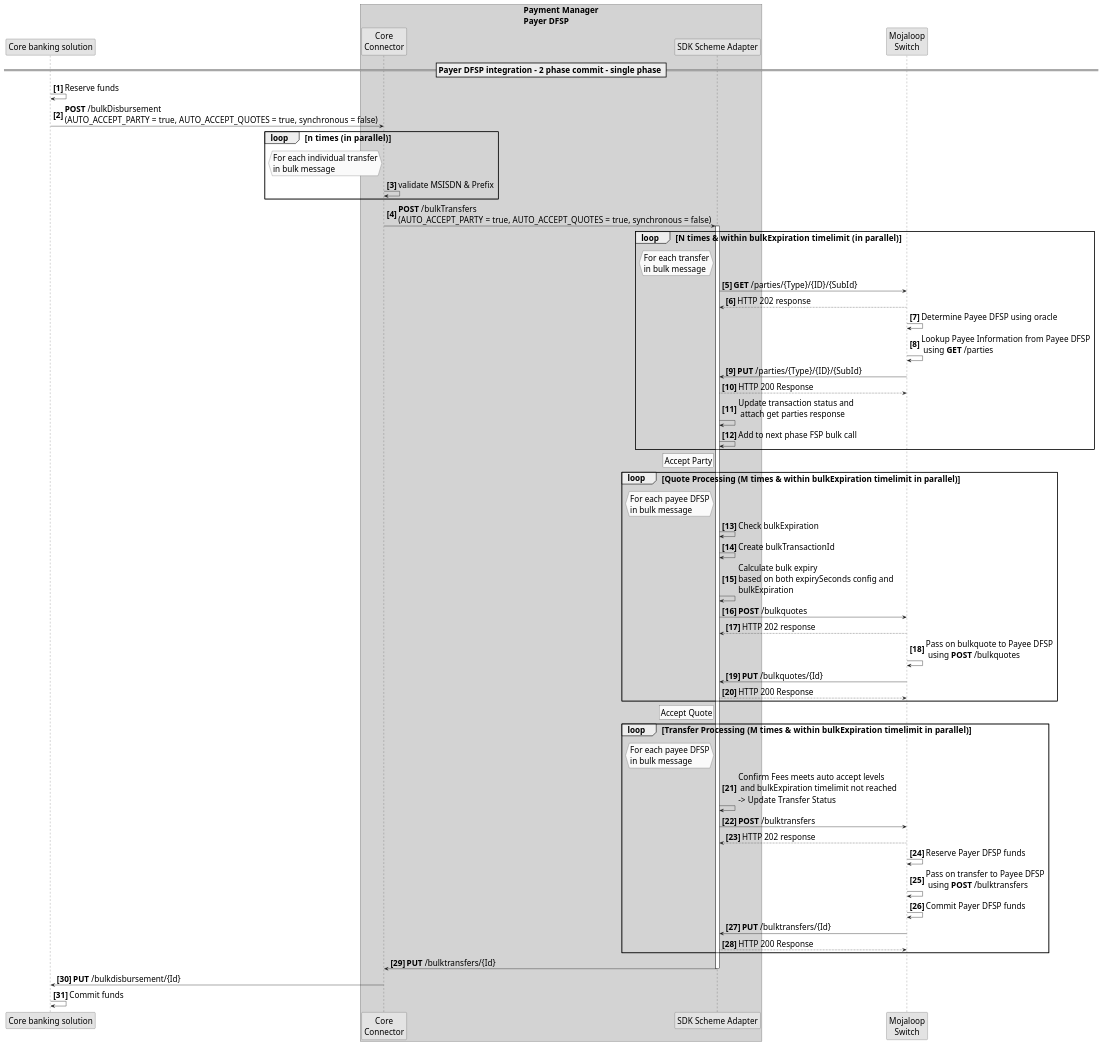
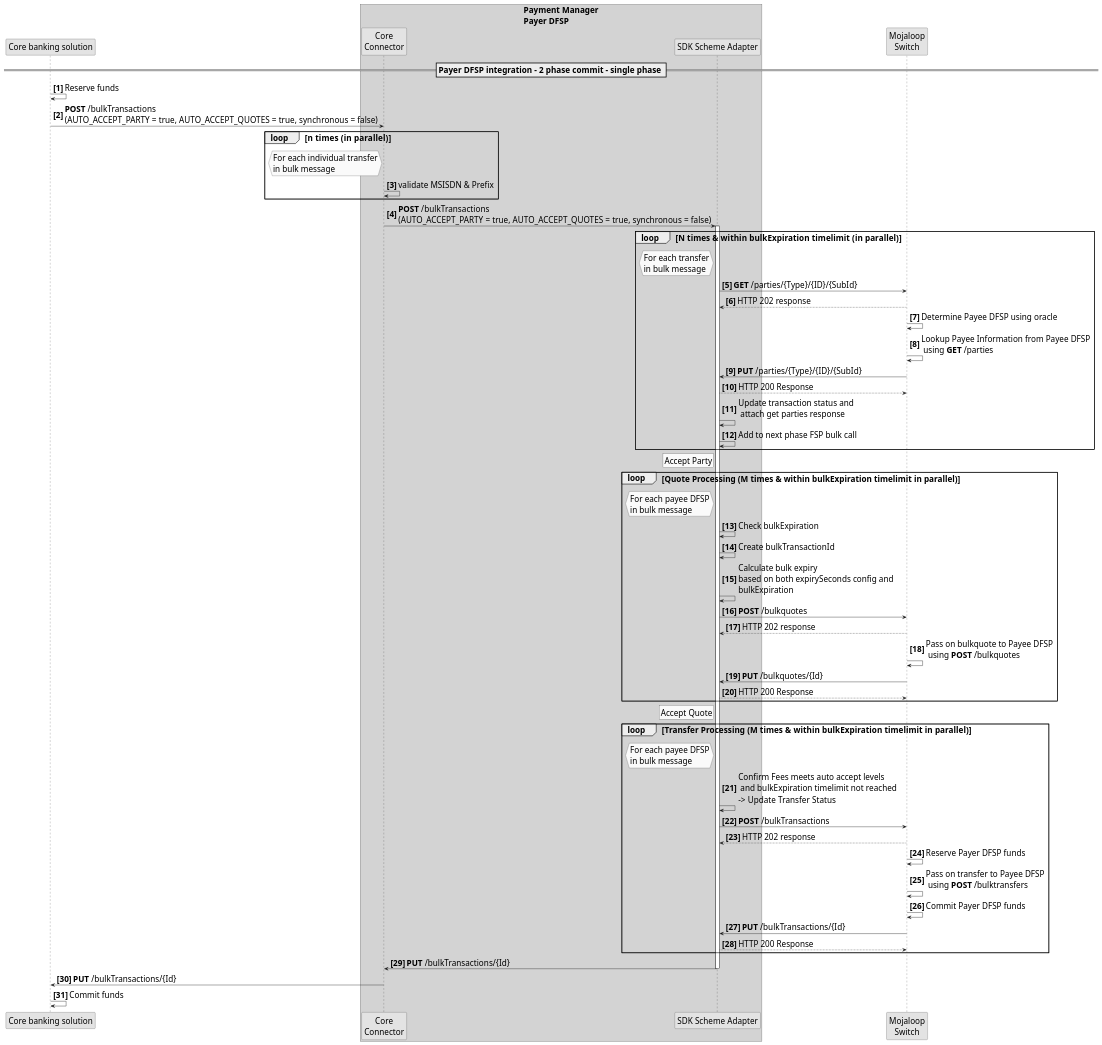
One commit to mojaloop/documentation changed the diagram in docs/technical/sdk-scheme-adapter/assets/sequence/PayerDFSPBulkSinglePhasePattern.PlantUML. Above: the diagram before and after it, drawn with PlantUML. The commit also changed 17 other files, not shown here.

```diff
--- a/docs/technical/sdk-scheme-adapter/assets/sequence/PayerDFSPBulkSinglePhasePattern.PlantUML
+++ b/docs/technical/sdk-scheme-adapter/assets/sequence/PayerDFSPBulkSinglePhasePattern.PlantUML
@@ -1,95 +1,95 @@
 @startuml PayerDFSPBulkSinglePhasePattern
 /'*****
 --------------
 ******'/
 
 skinparam activityFontSize 4
 skinparam activityDiamondFontSize 30
 skinparam activityArrowFontSize 22
 skinparam defaultFontSize 22
 skinparam noteFontSize 22
 skinparam monochrome true
 ' declare title
 ' title PayerDFSPBulkSinglePhasePattern
 ' declare actors
 participant "Core banking solution" as CBS
 box "Payment Manager\nPayer DFSP" #LightGrey
 participant "Core\nConnector" as CC 
 participant "SDK Scheme Adapter" as MC 
 end box
 participant "Mojaloop\nSwitch" as Switch
 autonumber 1 1 "<b>[0]"
 
 == Payer DFSP integration - 2 phase commit - single phase ==
 
 CBS->CBS: Reserve funds
-CBS->CC: **POST** /bulkDisbursement \n(AUTO_ACCEPT_PARTY = true, AUTO_ACCEPT_QUOTES = true, synchronous = false)
+CBS->CC: **POST** /bulkTransactions \n(AUTO_ACCEPT_PARTY = true, AUTO_ACCEPT_QUOTES = true, synchronous = false)
 Loop n times  (in parallel)
     hnote left of CC
         For each individual transfer
         in bulk message
     end hnote
     CC -> CC: validate MSISDN & Prefix
 end Loop
-CC->MC: **POST** /bulkTransfers \n(AUTO_ACCEPT_PARTY = true, AUTO_ACCEPT_QUOTES = true, synchronous = false)
+CC->MC: **POST** /bulkTransactions \n(AUTO_ACCEPT_PARTY = true, AUTO_ACCEPT_QUOTES = true, synchronous = false)
 activate MC
 loop N times & within bulkExpiration timelimit  (in parallel)
 hnote left of MC
         For each transfer
         in bulk message
 end hnote
   MC->Switch: **GET** /parties/{Type}/{ID}/{SubId}
   Switch-->MC: HTTP 202 response
   Switch->Switch: Determine Payee DFSP using oracle
   Switch->Switch: Lookup Payee Information from Payee DFSP\n using **GET** /parties
   Switch->MC: **PUT** /parties/{Type}/{ID}/{SubId}
   MC-->Switch: HTTP 200 Response
   MC -> MC: Update transaction status and\n attach get parties response
   MC -> MC: Add to next phase FSP bulk call
 end Loop
 
 rnote left MC
   Accept Party
 endrnote
 
 loop Quote Processing (M times & within bulkExpiration timelimit in parallel)
   hnote left of MC
           For each payee DFSP
           in bulk message
   end hnote
   MC->MC: Check bulkExpiration
   MC->MC: Create bulkTransactionId
   MC -> MC: Calculate bulk expiry \nbased on both expirySeconds config and \nbulkExpiration
   MC->Switch: **POST** /bulkquotes
   Switch-->MC: HTTP 202 response
   Switch->Switch: Pass on bulkquote to Payee DFSP\n using **POST** /bulkquotes
   Switch->MC: **PUT** /bulkquotes/{Id}
   MC-->Switch: HTTP 200 Response
 end loop
 
 rnote left MC
   Accept Quote
 endrnote
 loop Transfer Processing (M times & within bulkExpiration timelimit  in parallel)
   hnote left of MC
         For each payee DFSP
         in bulk message
   end hnote
   MC -> MC: Confirm Fees meets auto accept levels\n and bulkExpiration timelimit not reached \n-> Update Transfer Status
 
-  MC->Switch: **POST** /bulktransfers
+  MC->Switch: **POST** /bulkTransactions
   Switch-->MC: HTTP 202 response
   Switch->Switch: Reserve Payer DFSP funds
   Switch->Switch: Pass on transfer to Payee DFSP\n using **POST** /bulktransfers
   Switch->Switch: Commit Payer DFSP funds
-  Switch->MC: **PUT** /bulktransfers/{Id}
+  Switch->MC: **PUT** /bulkTransactions/{Id}
   MC-->Switch: HTTP 200 Response
 end loop  
 
-MC->CC: **PUT** /bulktransfers/{Id}
+MC->CC: **PUT** /bulkTransactions/{Id}
 
 deactivate MC
-CC->CBS: **PUT** /bulkdisbursement/{Id}
+CC->CBS: **PUT** /bulkTransactions/{Id}
 CBS->CBS: Commit funds
 
 @enduml
```
